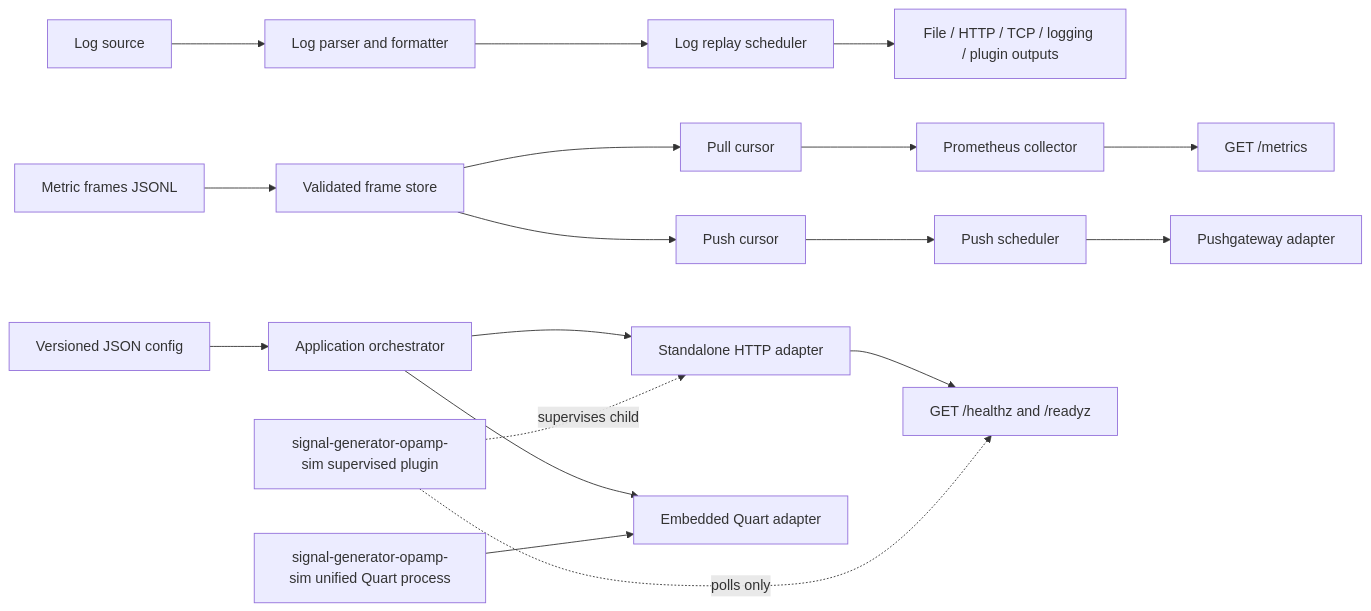
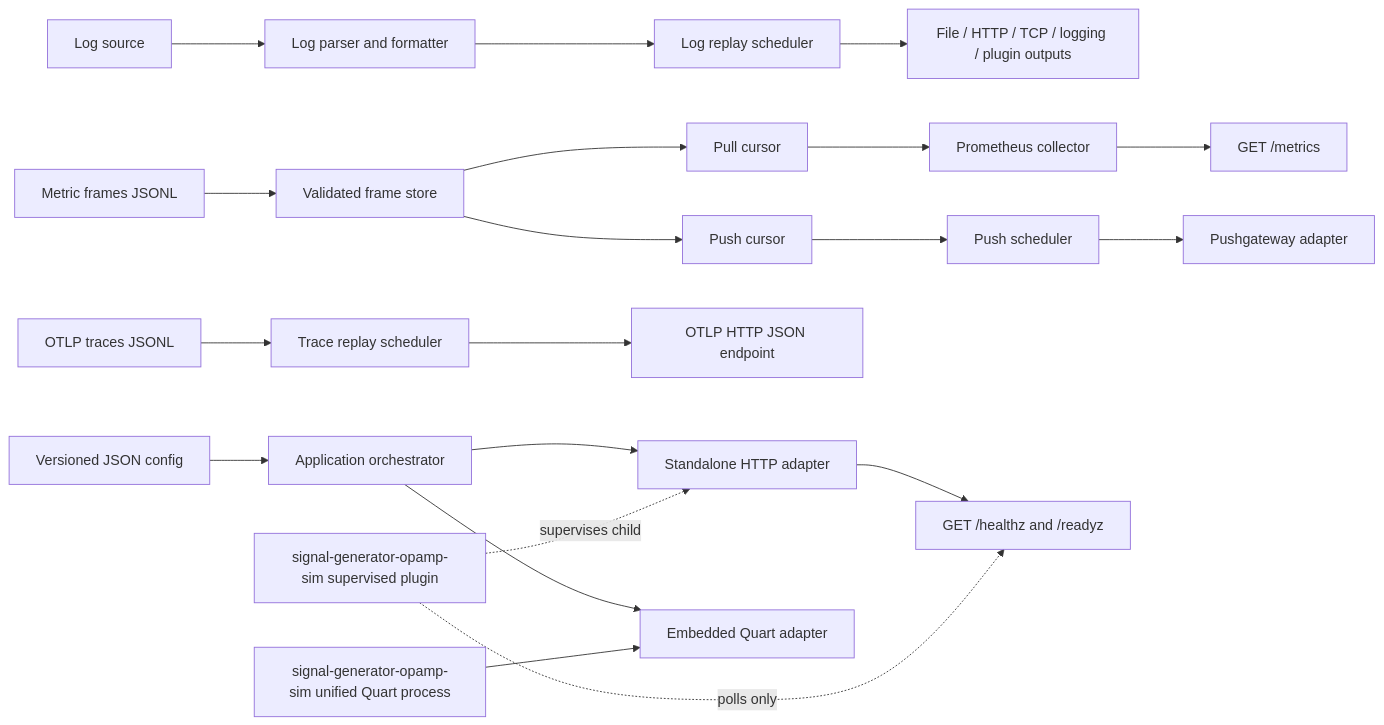
One commit to opamp-observe/SignalGenerator changed the diagram in docs/solution_design.md. Above: the diagram before and after it, drawn with Mermaid. The commit also changed other lines of this file and 54 other files, not shown here.

````diff
--- a/docs/solution_design.md
+++ b/docs/solution_design.md
@@ -78,23 +77,26 @@
 ```mermaid
 flowchart LR
     Config[Versioned JSON config] --> App[Application orchestrator]
 
     LogSource[Log source] --> LogParser[Log parser and formatter]
     LogParser --> LogScheduler[Log replay scheduler]
     LogScheduler --> LogOutputs[File / HTTP / TCP / logging / plugin outputs]
 
     Jsonl[Metric frames JSONL] --> FrameStore[Validated frame store]
     FrameStore --> PullCursor[Pull cursor]
     FrameStore --> PushCursor[Push cursor]
     PullCursor --> Collector[Prometheus collector]
     Collector --> MetricsEndpoint[GET /metrics]
     PushCursor --> PushScheduler[Push scheduler]
     PushScheduler --> PushAdapter[Pushgateway adapter]
 
+    TraceJsonl[OTLP traces JSONL] --> TraceScheduler[Trace replay scheduler]
+    TraceScheduler --> TracePush[OTLP HTTP JSON endpoint]
+
     App --> Standalone[Standalone HTTP adapter]
     App --> Embedded[Embedded Quart adapter]
     Standalone --> Health[GET /healthz and /readyz]
     AdapterHost[signal-generator-opamp-sim unified Quart process] --> Embedded
     Adapter[signal-generator-opamp-sim supervised plugin] -. supervises child .-> Standalone
     Adapter -. polls only .-> Health
 ```
````
